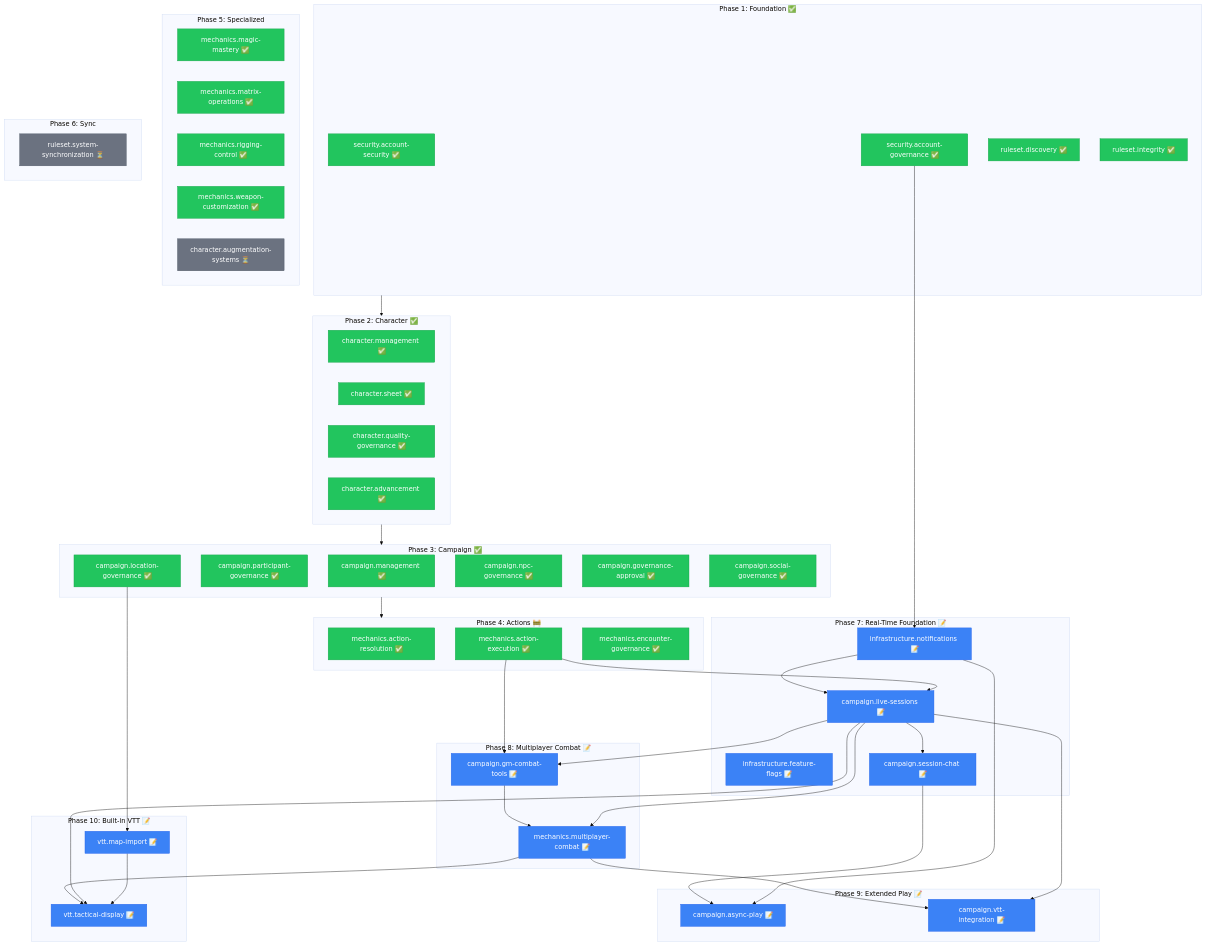
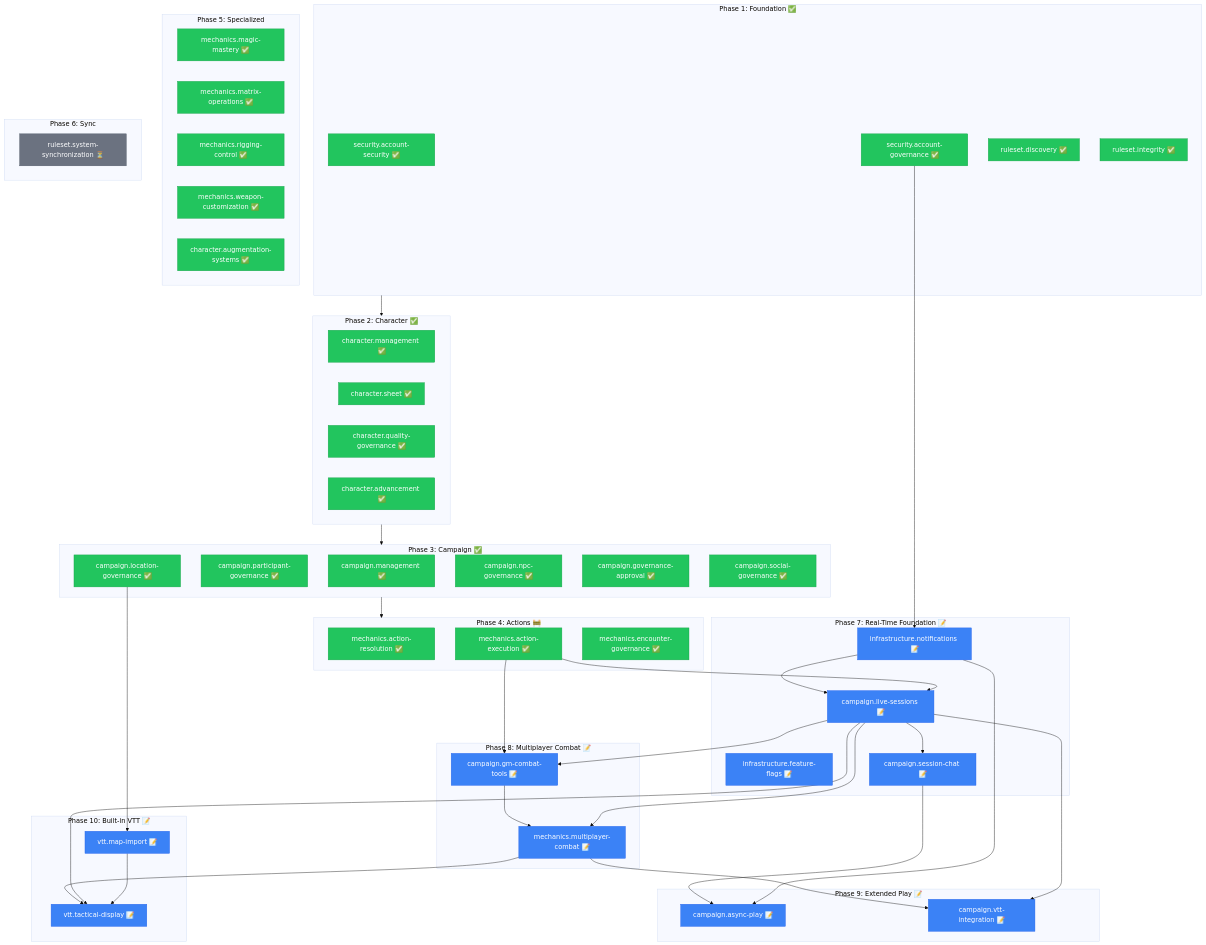
One commit to Jasrags/ShadowMaster changed the diagram in docs/capabilities/README.md. Above: the diagram before and after it, drawn with Mermaid (base theme). The commit also changed other lines of this file, not shown here.

First line of the commit message:
docs: Mark augmentation-systems capability as implemented

````diff
--- a/docs/capabilities/README.md
+++ b/docs/capabilities/README.md
@@ -424,7 +445,7 @@
         mech_matrix["mechanics.matrix-operations ✅"]
         mech_rigging["mechanics.rigging-control ✅"]
         mech_weapon["mechanics.weapon-customization ✅"]
-        char_augment["character.augmentation-systems ⏳"]
+        char_augment["character.augmentation-systems ✅"]
     end
 
     subgraph Phase6["Phase 6: Sync"]
@@ -492,7 +513,7 @@
     classDef pending fill:#6b7280,stroke:#4b5563,color:#fff
     classDef draft fill:#3b82f6,stroke:#2563eb,color:#fff
 
-    class sec_security,sec_governance,rule_discovery,rule_integrity,char_mgmt,char_sheet,char_quality,char_advance,camp_mgmt,camp_participant,camp_location,camp_npc,camp_approval,camp_social,mech_resolution,mech_encounter,mech_weapon,mech_execution,mech_magic,mech_matrix,mech_rigging complete
-    class char_augment,rule_sync pending
+    class sec_security,sec_governance,rule_discovery,rule_integrity,char_mgmt,char_sheet,char_quality,char_advance,camp_mgmt,camp_participant,camp_location,camp_npc,camp_approval,camp_social,mech_resolution,mech_encounter,mech_weapon,mech_execution,mech_magic,mech_matrix,mech_rigging,char_augment complete
+    class rule_sync pending
     class camp_live,camp_chat,camp_gm,mech_multi,camp_async,camp_vtt,vtt_import,vtt_display,infra_notify,infra_flags draft
 ```
````
